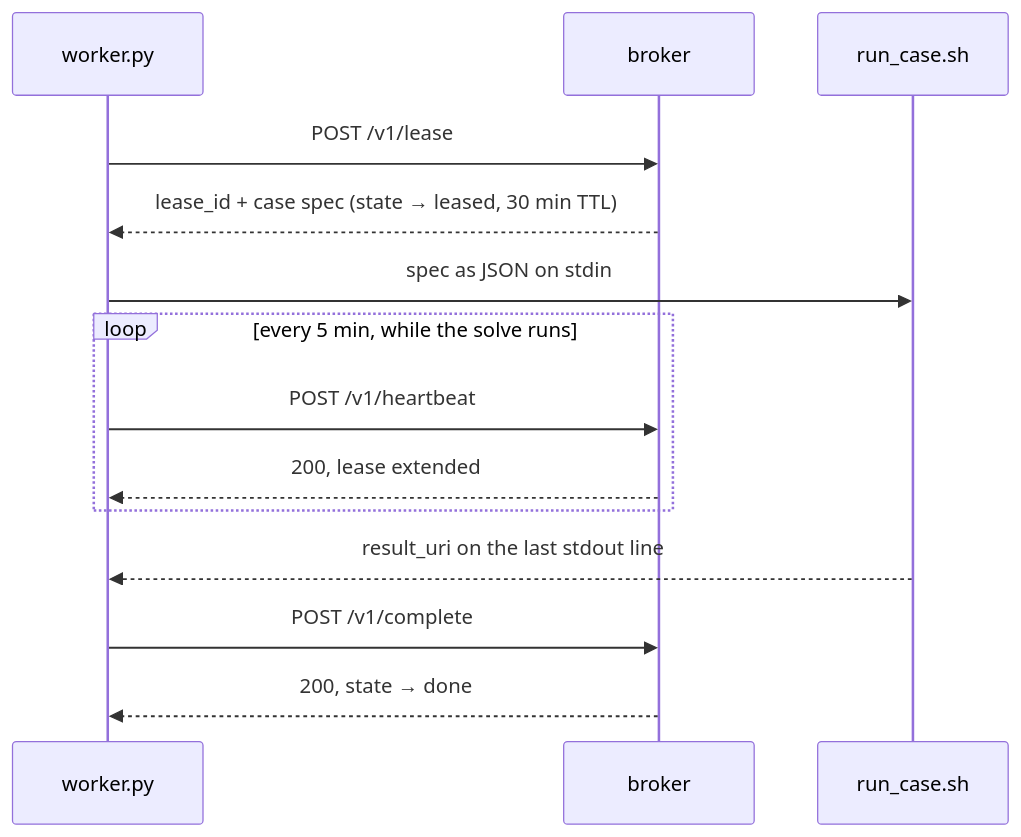
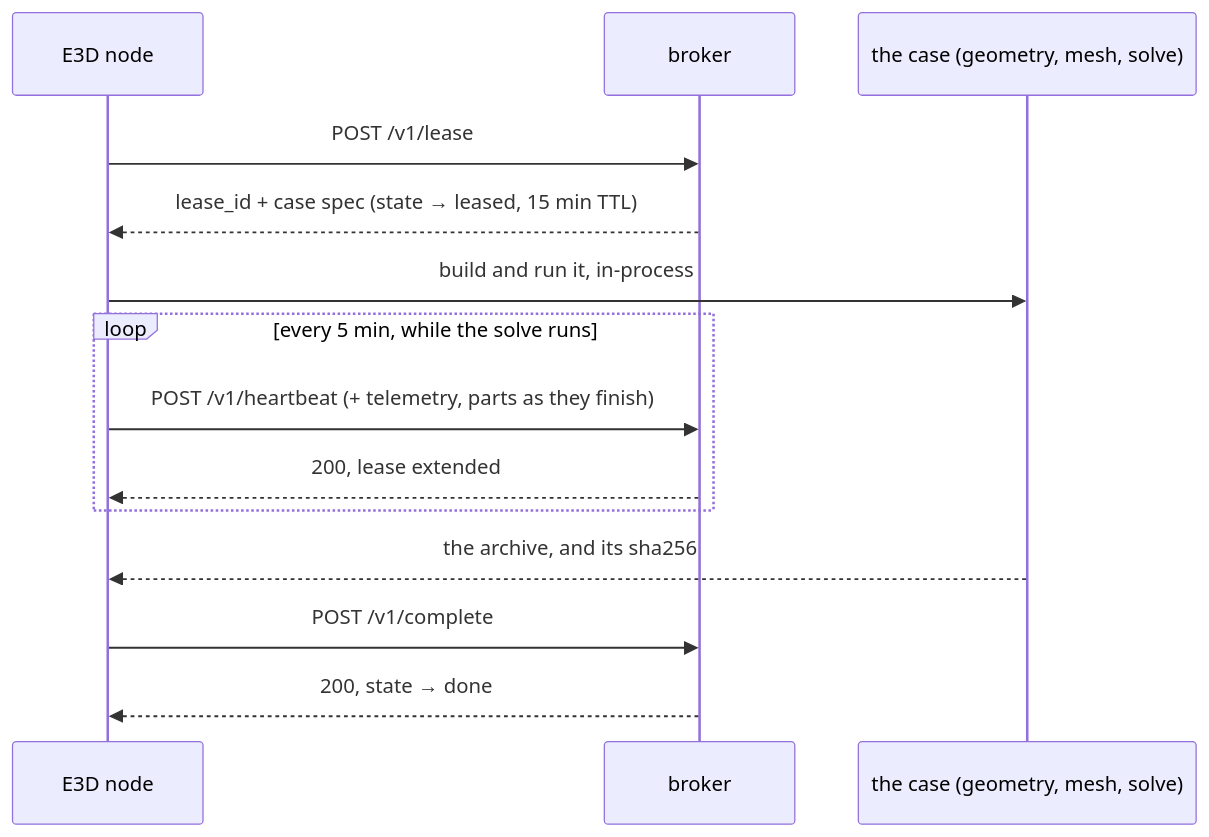
The diagram in docs/protocol.md (SustainableUrbanSystemsLab/casebroker), drawn with Mermaid before and after one commit. The commit also changed other lines of this file and 64 other files, not shown here.

````diff
--- a/docs/protocol.md
+++ b/docs/protocol.md
@@ -32,16 +32,16 @@
 ```mermaid
 sequenceDiagram
-    participant W as worker.py
+    participant W as E3D node
     participant B as broker
-    participant R as run_case.sh
+    participant R as the case (geometry, mesh, solve)
     W->>B: POST /v1/lease
-    B-->>W: lease_id + case spec (state → leased, 30 min TTL)
-    W->>R: spec as JSON on stdin
+    B-->>W: lease_id + case spec (state → leased, 15 min TTL)
+    W->>R: build and run it, in-process
     loop every 5 min, while the solve runs
-        W->>B: POST /v1/heartbeat
+        W->>B: POST /v1/heartbeat (+ telemetry, parts as they finish)
         B-->>W: 200, lease extended
     end
-    R-->>W: result_uri on the last stdout line
+    R-->>W: the archive, and its sha256
     W->>B: POST /v1/complete
     B-->>W: 200, state → done
 ```
````
